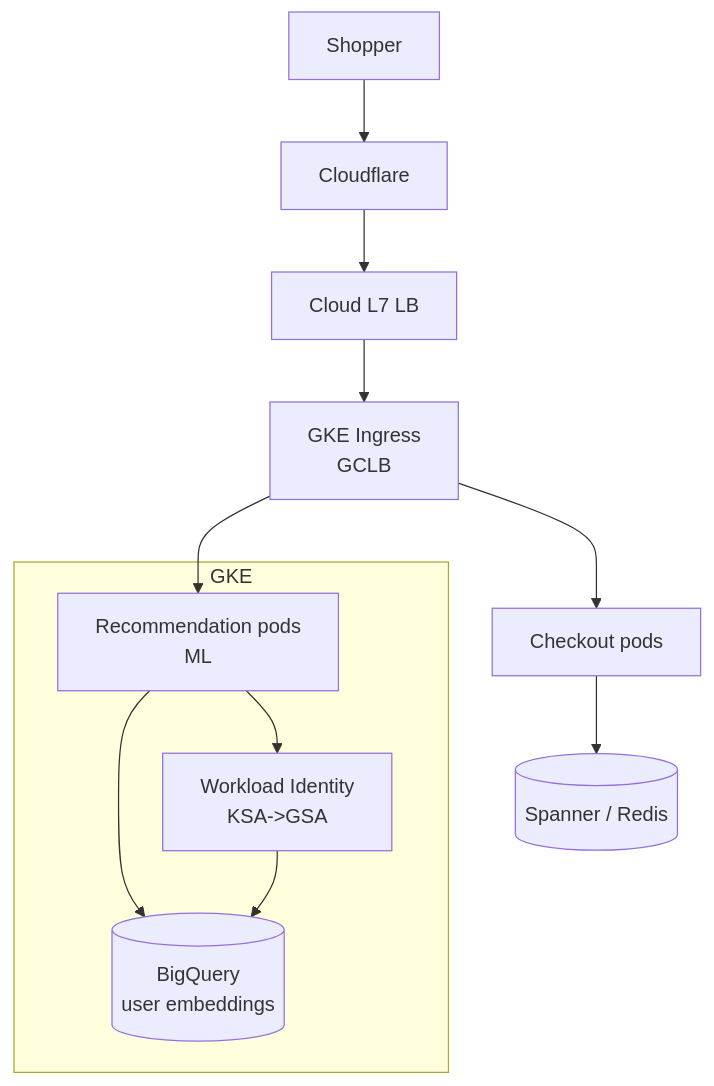
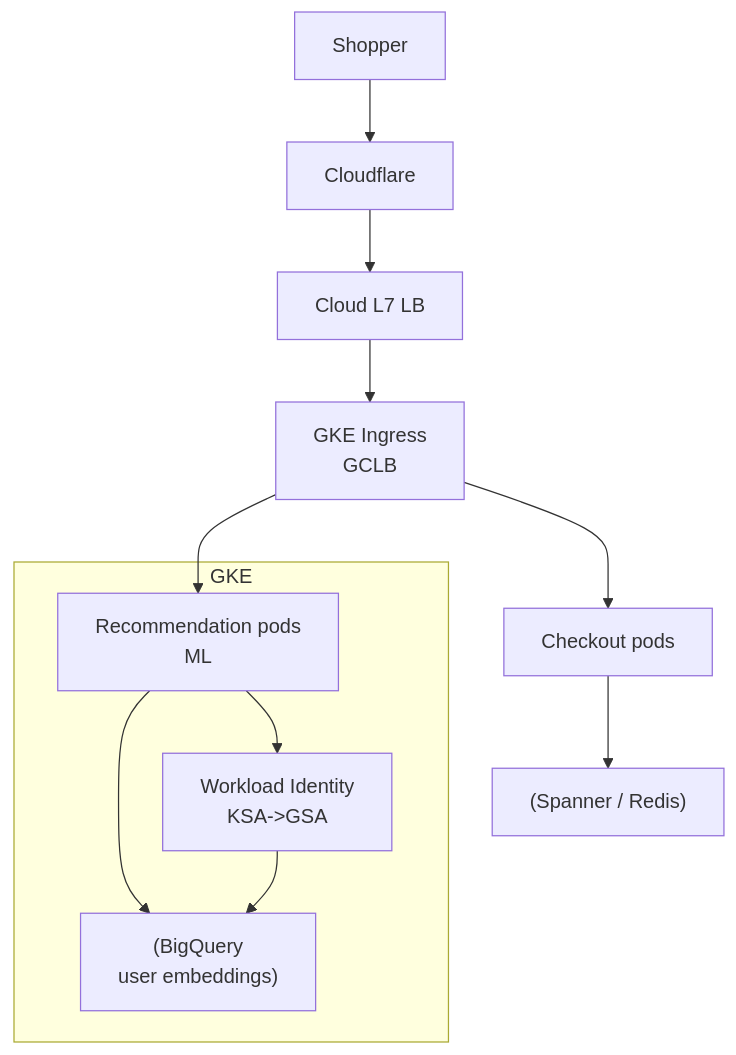
One commit to WhoisMonesh/K8S-Everything changed the diagram in 17-company-cases/zalando.md. Above: the diagram before and after it, drawn with Mermaid. The commit also changed 62 other files, not shown here.

First line of the commit message:
Fix all Mermaid diagrams for GitHub compatibility

````diff
--- a/17-company-cases/zalando.md
+++ b/17-company-cases/zalando.md
@@ -24,15 +24,15 @@
 ```mermaid
 graph TD
     Shopper --> CF[Cloudflare]
     CF --> LB[Cloud L7 LB]
     LB --> Ingress[GKE Ingress<br/>GCLB]
     Ingress --> Checkout[Checkout pods]
     Ingress --> Rec[Recommendation pods<br/>ML]
-    Rec --> BQ[(BigQuery<br/>user embeddings)]
-    Checkout --> DB[(Spanner / Redis)]
-    subgraph GKE
+    Rec --> BQ["(BigQuery<br/>user embeddings)"]
+    Checkout --> DB["(Spanner / Redis)"]
+    subgraph "GKE"
         WI[Workload Identity<br/>KSA->GSA]
         Rec --> WI
         WI --> BQ
     end
 ```
````
